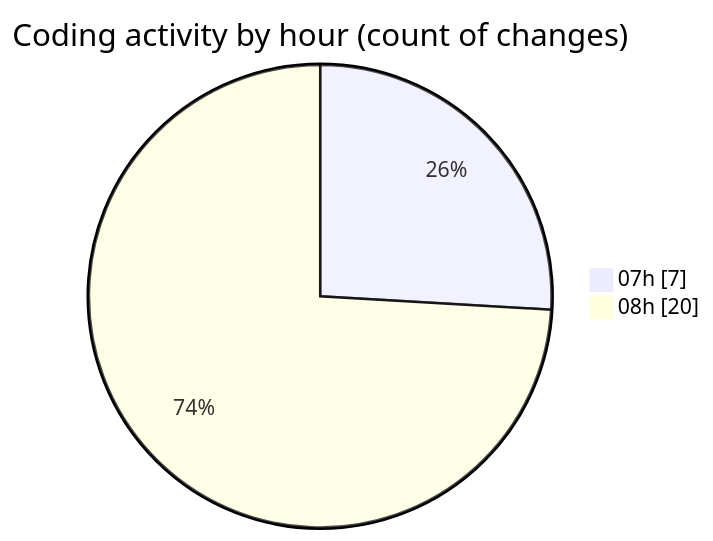
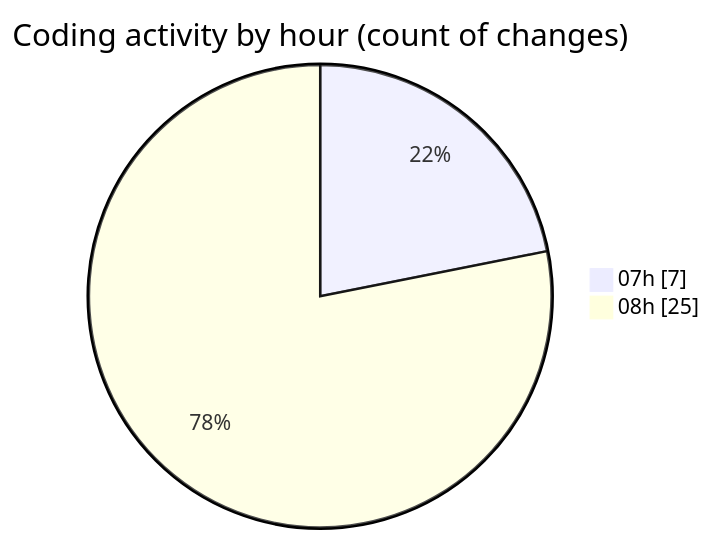
Before and after one commit to robertbonfada/code-tracking: the second of 2 diagrams in 2025-01-29/mbc-web/README.md, drawn with Mermaid. The commit also changed other lines of this file and 1 other file, not shown here.

````diff
--- a/2025-01-29/mbc-web/README.md
+++ b/2025-01-29/mbc-web/README.md
@@ -40,6 +42,6 @@
 ```mermaid
 pie showData
 title Coding activity by hour (count of changes)
 "07h" : 7
-"08h" : 20
+"08h" : 25
 ```
````
